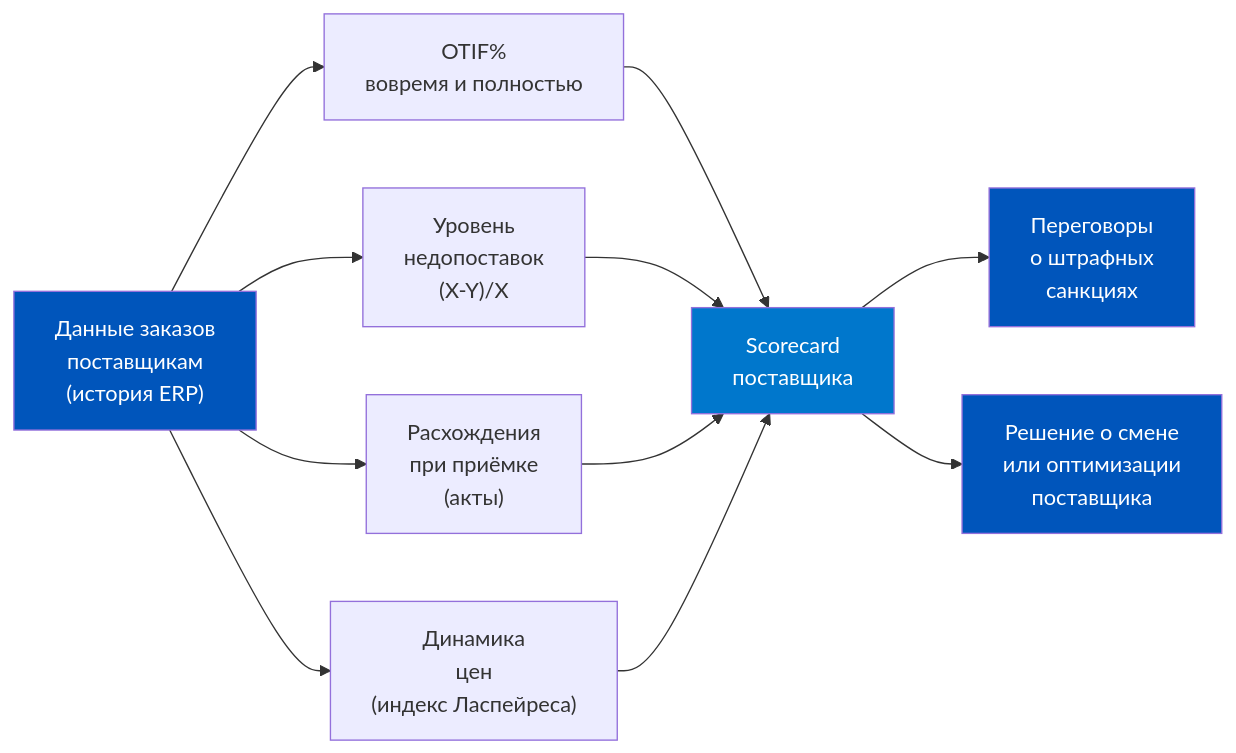
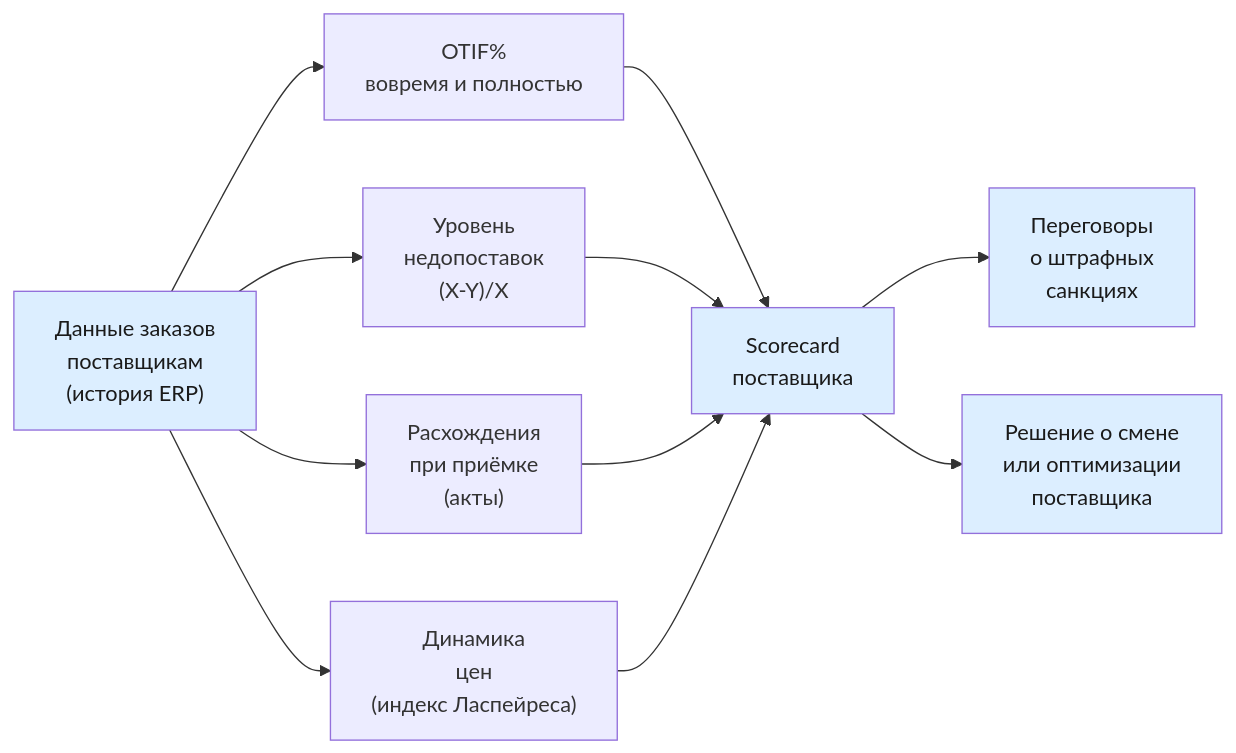
One commit to murad1986/1c-erp-quartz changed the second of 5 diagrams in content/1c-erp/week_3/Неделя 3 - День 5 - Мониторинг заказов.md. Above: the diagram before and after it, drawn with Mermaid. The commit also changed other lines of this file and 57 other files, not shown here.

First line of the commit message:
fix: Mermaid — пастельные цвета в источниках диаграмм (56 файлов)

````diff
--- a/content/1c-erp/week_3/Неделя 3 - День 5 - Мониторинг заказов.md
+++ b/content/1c-erp/week_3/Неделя 3 - День 5 - Мониторинг заказов.md
@@ -186,18 +186,18 @@
 ```mermaid
 flowchart LR
     A["Данные заказов<br/>поставщикам<br/>(история ERP)"] --> B["OTIF%<br/>вовремя и полностью"]
     A --> C["Уровень<br/>недопоставок<br/>(X-Y)/X"]
     A --> D["Расхождения<br/>при приёмке<br/>(акты)"]
     A --> E["Динамика<br/>цен<br/>(индекс Ласпейреса)"]
     B --> F["Scorecard<br/>поставщика"]
     C --> F
     D --> F
     E --> F
     F --> G["Переговоры<br/>о штрафных<br/>санкциях"]
     F --> H["Решение о смене<br/>или оптимизации<br/>поставщика"]
 
-    style A fill:#0055BB,color:#fff
-    style F fill:#0077CC,color:#fff
-    style G fill:#0055BB,color:#fff
-    style H fill:#0055BB,color:#fff
+    style A fill:#dceeff,color:#1a1a1a
+    style F fill:#dceeff,color:#1a1a1a
+    style G fill:#dceeff,color:#1a1a1a
+    style H fill:#dceeff,color:#1a1a1a
 ```
````
